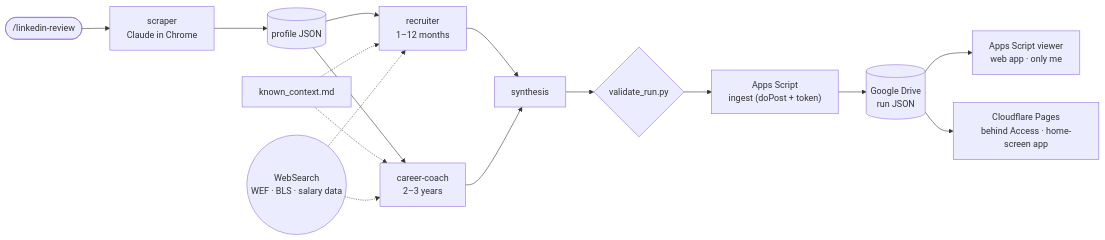
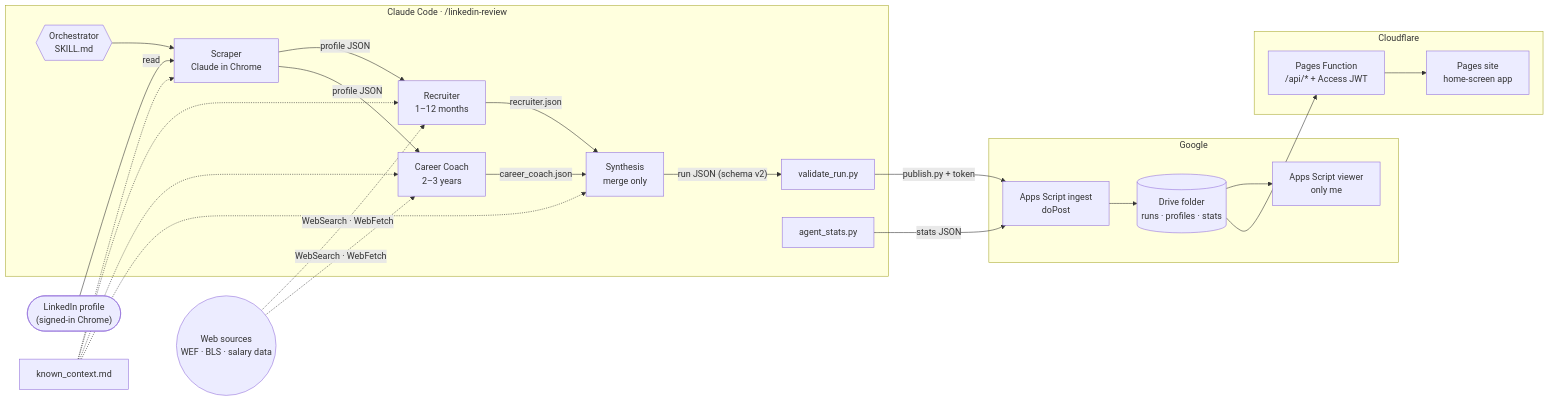
The first of 9 diagrams in README.md (felipecastro-data/multi-agent-linkedin-profile-review), drawn with Mermaid before and after one commit. The commit also changed other lines of this file and 3 other files, not shown here.

Commit message:
README: Office snapshots, agent metrics, charts and diagrams

````diff
--- a/README.md
+++ b/README.md
@@ -38,16 +78,42 @@
 ```mermaid
 flowchart LR
-    U(["/linkedin-review"]) --> S["scraper<br/>Claude in Chrome"]
-    S --> P[("profile JSON")]
-    P --> R["recruiter<br/>1–12 months"]
-    P --> C["career-coach<br/>2–3 years"]
-    K["known_context.md"] -.-> R & C
-    W(("WebSearch<br/>WEF · BLS · salary data")) -.-> R & C
-    R --> Y["synthesis"]
-    C --> Y
-    Y --> V{"validate_run.py"}
-    V --> I["Apps Script<br/>ingest (doPost + token)"]
-    I --> D[("Google Drive<br/>run JSON")]
-    D --> A["Apps Script viewer<br/>web app · only me"]
-    D --> F["Cloudflare Pages<br/>behind Access · home-screen app"]
+    subgraph CC["Claude Code · /linkedin-review"]
+        O{{"Orchestrator<br/>SKILL.md"}}
+        S["Scraper<br/>Claude in Chrome"]
+        R["Recruiter<br/>1–12 months"]
+        C["Career Coach<br/>2–3 years"]
+        Y["Synthesis<br/>merge only"]
+        V["validate_run.py"]
+        T["agent_stats.py"]
+    end
+
+    LI(["LinkedIn profile<br/>(signed-in Chrome)"])
+    K["known_context.md"]
+    W(("Web sources<br/>WEF · BLS · salary data"))
+
+    O --> S
+    LI -->|"read"| S
+    S -->|"profile JSON"| R & C
+    K -.-> S & R & C & Y
+    W -.->|"WebSearch · WebFetch"| R & C
+    R -->|"recruiter.json"| Y
+    C -->|"career_coach.json"| Y
+    Y -->|"run JSON (schema v2)"| V
+    V -->|"publish.py + token"| I
+    T -->|"stats JSON"| I
+
+    subgraph G["Google"]
+        I["Apps Script ingest<br/>doPost"]
+        D[("Drive folder<br/>runs · profiles · stats")]
+        A["Apps Script viewer<br/>only me"]
+    end
+
+    subgraph CF["Cloudflare"]
+        F["Pages Function<br/>/api/* + Access JWT"]
+        P["Pages site<br/>home-screen app"]
+    end
+
+    I --> D
+    D --> A
+    D --> F --> P
 ```
````
